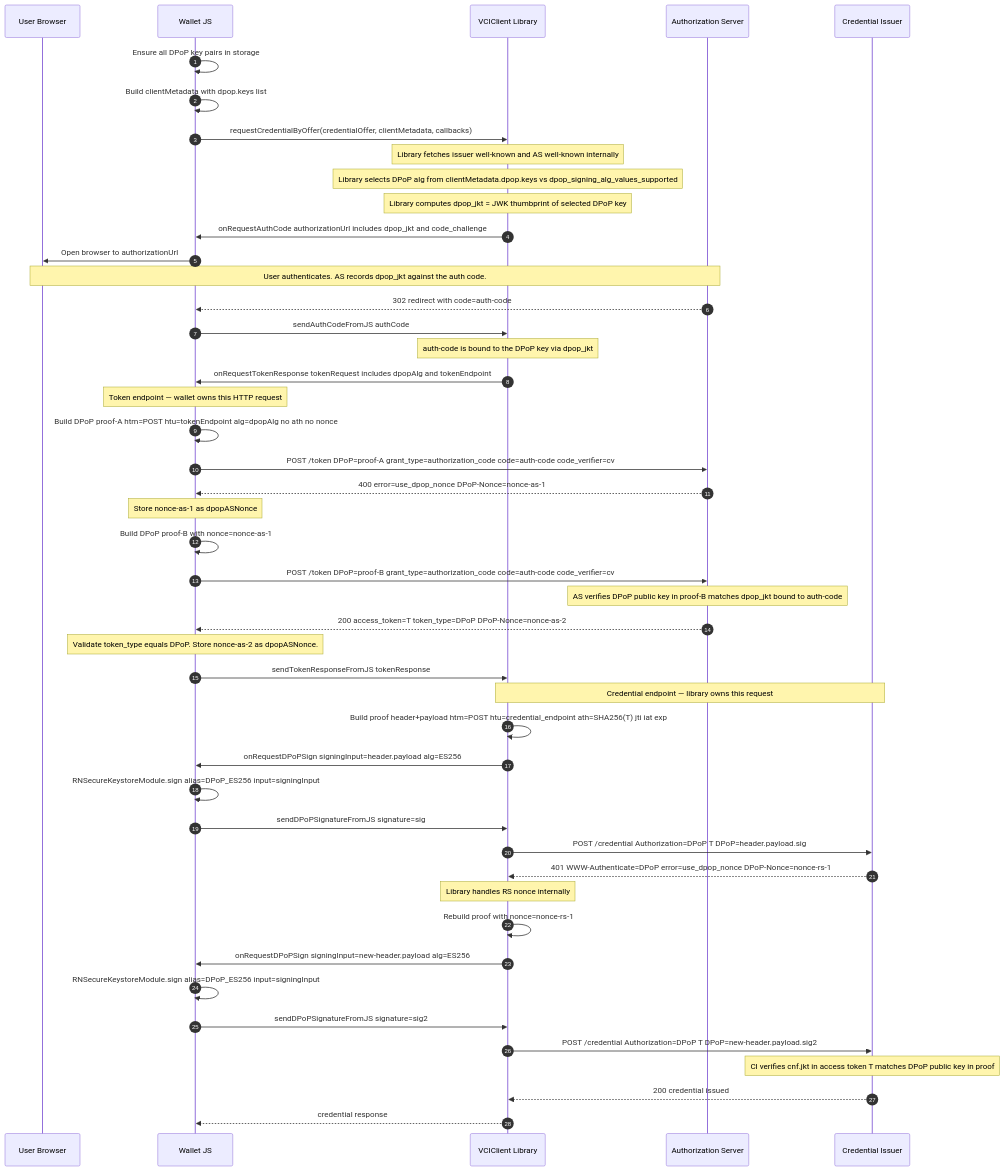
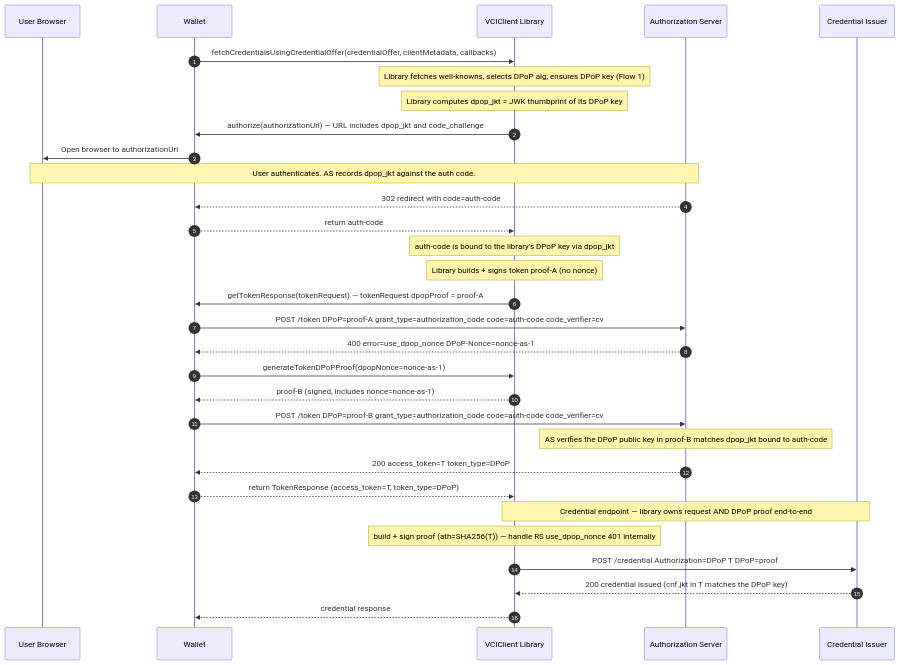
The third of 8 diagrams in docs/# ADR: DPoP Sender-Constrained Access To.md (inji/inji-wallet), drawn with Mermaid before and after one commit. The commit also changed other lines of this file, not shown here.

First line of the commit message:
docs(dpop): rework ADR — library owns DPoP end-to-end with ephemeral keys

````diff
--- a/docs/# ADR: DPoP Sender-Constrained Access To.md
+++ b/docs/# ADR: DPoP Sender-Constrained Access To.md
@@ -273,54 +228,38 @@
 ```mermaid
 sequenceDiagram
     autonumber
     participant U as User Browser
-    participant W as Wallet JS
+    participant W as Wallet
     participant L as VCIClient Library
     participant AS as Authorization Server
     participant CI as Credential Issuer
 
-    W->>W: Ensure all DPoP key pairs in storage
-    W->>W: Build clientMetadata with dpop.keys list
-    W->>L: requestCredentialByOffer(credentialOffer, clientMetadata, callbacks)
+    W->>L: fetchCredentialsUsingCredentialOffer(credentialOffer, clientMetadata, callbacks)
 
-    note over L: Library fetches issuer well-known and AS well-known internally
-    note over L: Library selects DPoP alg from clientMetadata.dpop.keys vs dpop_signing_alg_values_supported
-    note over L: Library computes dpop_jkt = JWK thumbprint of selected DPoP key
+    note over L: Library fetches well-knowns, selects DPoP alg, ensures DPoP key (Flow 1)
+    note over L: Library computes dpop_jkt = JWK thumbprint of its DPoP key
 
-    L->>W: onRequestAuthCode authorizationUrl includes dpop_jkt and code_challenge
+    L->>W: authorize(authorizationUrl) — URL includes dpop_jkt and code_challenge
     W->>U: Open browser to authorizationUrl
     note over U,AS: User authenticates. AS records dpop_jkt against the auth code.
     AS-->>W: 302 redirect with code=auth-code
-    W->>L: sendAuthCodeFromJS authCode
-    note over L: auth-code is bound to the DPoP key via dpop_jkt
+    W-->>L: return auth-code
+    note over L: auth-code is bound to the library's DPoP key via dpop_jkt
+    note over L: Library builds + signs token proof-A (no nonce)
 
-    L->>W: onRequestTokenResponse tokenRequest includes dpopAlg and tokenEndpoint
-    note over W: Token endpoint — wallet owns this HTTP request
-    W->>W: Build DPoP proof-A htm=POST htu=tokenEndpoint alg=dpopAlg no ath no nonce
-    W->>AS: POST /token DPoP=proof-A grant_type=authorization_code code=auth-code code_verifier=cv
-    AS-->>W: 400 error=use_dpop_nonce DPoP-Nonce=nonce-as-1
-    note over W: Store nonce-as-1 as dpopASNonce
-    W->>W: Build DPoP proof-B with nonce=nonce-as-1
-    W->>AS: POST /token DPoP=proof-B grant_type=authorization_code code=auth-code code_verifier=cv
-    note over AS: AS verifies DPoP public key in proof-B matches dpop_jkt bound to auth-code
-    AS-->>W: 200 access_token=T token_type=DPoP DPoP-Nonce=nonce-as-2
-    note over W: Validate token_type equals DPoP. Store nonce-as-2 as dpopASNonce.
-    W->>L: sendTokenResponseFromJS tokenResponse
+    L->>W: getTokenResponse(tokenRequest) — tokenRequest.dpopProof = proof-A
+    W->>AS: POST /token  DPoP=proof-A  grant_type=authorization_code  code=auth-code  code_verifier=cv
+    AS-->>W: 400 error=use_dpop_nonce  DPoP-Nonce=nonce-as-1
+    W->>L: generateTokenDPoPProof(dpopNonce=nonce-as-1)
+    L-->>W: proof-B (signed, includes nonce=nonce-as-1)
+    W->>AS: POST /token  DPoP=proof-B  grant_type=authorization_code  code=auth-code  code_verifier=cv
+    note over AS: AS verifies the DPoP public key in proof-B matches dpop_jkt bound to auth-code
+    AS-->>W: 200 access_token=T  token_type=DPoP
+    W-->>L: return TokenResponse (access_token=T, token_type=DPoP)
 
-    note over L,CI: Credential endpoint — library owns this request
-    L->>L: Build proof header+payload htm=POST htu=credential_endpoint ath=SHA256(T) jti iat exp
-    L->>W: onRequestDPoPSign signingInput=header.payload alg=ES256
-    W->>W: RNSecureKeystoreModule.sign alias=DPoP_ES256 input=signingInput
-    W->>L: sendDPoPSignatureFromJS signature=sig
-    L->>CI: POST /credential Authorization=DPoP T DPoP=header.payload.sig
-    CI-->>L: 401 WWW-Authenticate=DPoP error=use_dpop_nonce DPoP-Nonce=nonce-rs-1
-    note over L: Library handles RS nonce internally
-    L->>L: Rebuild proof with nonce=nonce-rs-1
-    L->>W: onRequestDPoPSign signingInput=new-header.payload alg=ES256
-    W->>W: RNSecureKeystoreModule.sign alias=DPoP_ES256 input=signingInput
-    W->>L: sendDPoPSignatureFromJS signature=sig2
-    L->>CI: POST /credential Authorization=DPoP T DPoP=new-header.payload.sig2
-    note over CI: CI verifies cnf.jkt in access token T matches DPoP public key in proof
-    CI-->>L: 200 credential issued
+    note over L,CI: Credential endpoint — library owns request AND DPoP proof end-to-end
+    note over L: build + sign proof (ath=SHA256(T)) — handle RS use_dpop_nonce 401 internally
+    L->>CI: POST /credential  Authorization=DPoP T  DPoP=proof
+    CI-->>L: 200 credential issued (cnf.jkt in T matches the DPoP key)
     L-->>W: credential response
 ```
````
